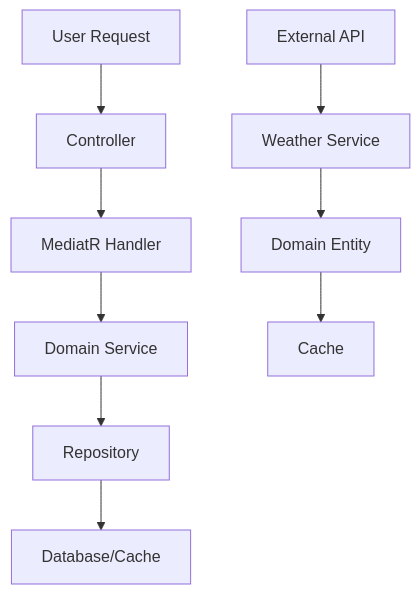
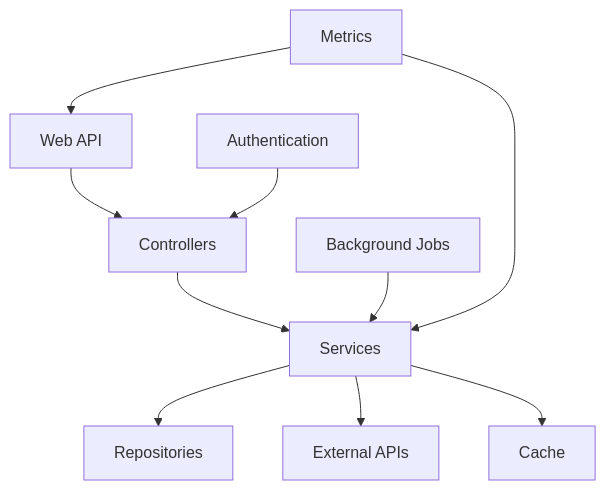
One commit to xuanphongit/WeatheaFocastApp changed the diagram in memory-bank/systemPatterns.md. Above: the diagram before and after it, drawn with Mermaid. The commit also changed other lines of this file and 74 other files, not shown here.

````diff
--- a/memory-bank/systemPatterns.md
+++ b/memory-bank/systemPatterns.md
@@ -55,12 +48,12 @@
 ```mermaid
 graph TD
-    A[User Request] --> B[Controller]
-    B --> C[MediatR Handler]
-    C --> D[Domain Service]
-    D --> E[Repository]
-    E --> F[Database/Cache]
-    
-    G[External API] --> H[Weather Service]
-    H --> I[Domain Entity]
-    I --> J[Cache]
+    A[Web API] --> B[Controllers]
+    B --> C[Services]
+    C --> D[Repositories]
+    C --> E[External APIs]
+    C --> F[Cache]
+    G[Background Jobs] --> C
+    H[Authentication] --> B
+    I[Metrics] --> A
+    I --> C
 ```
````
